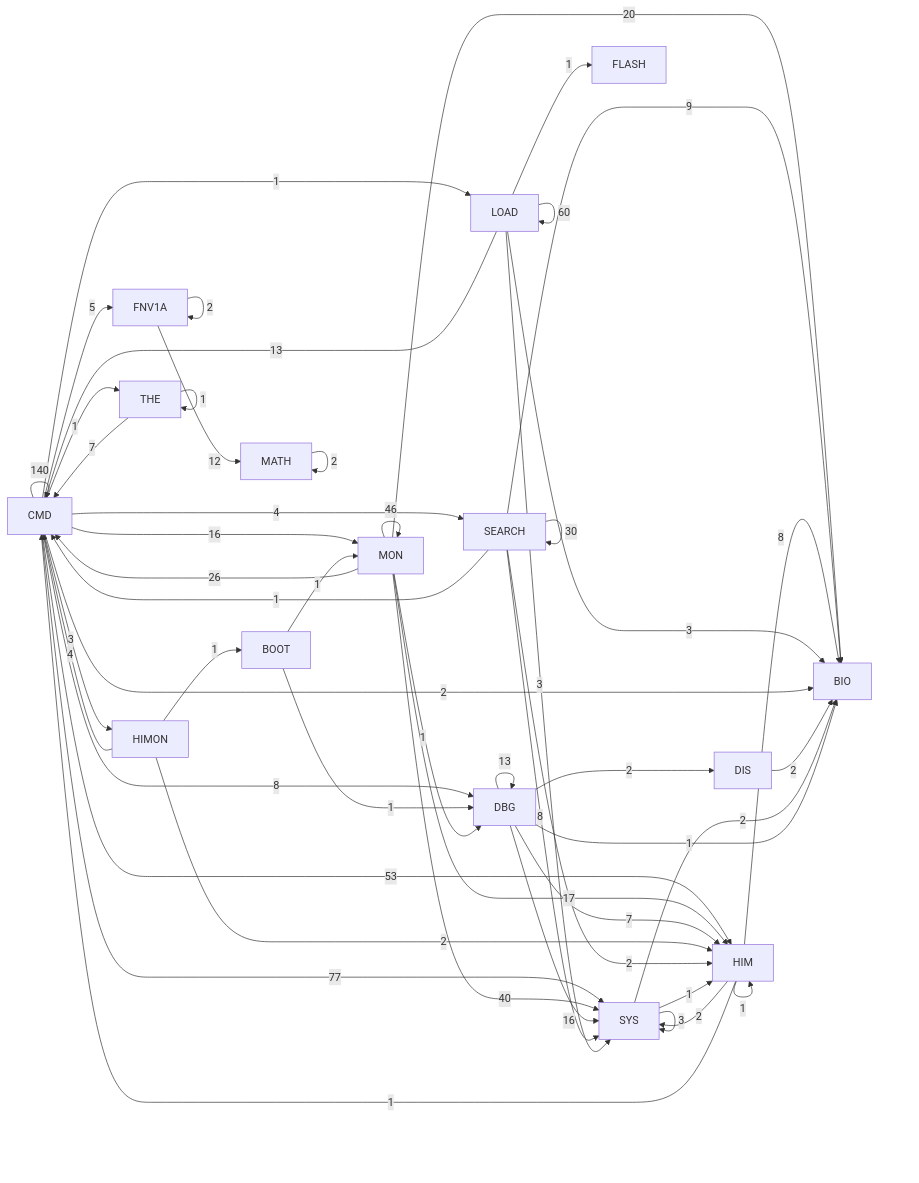
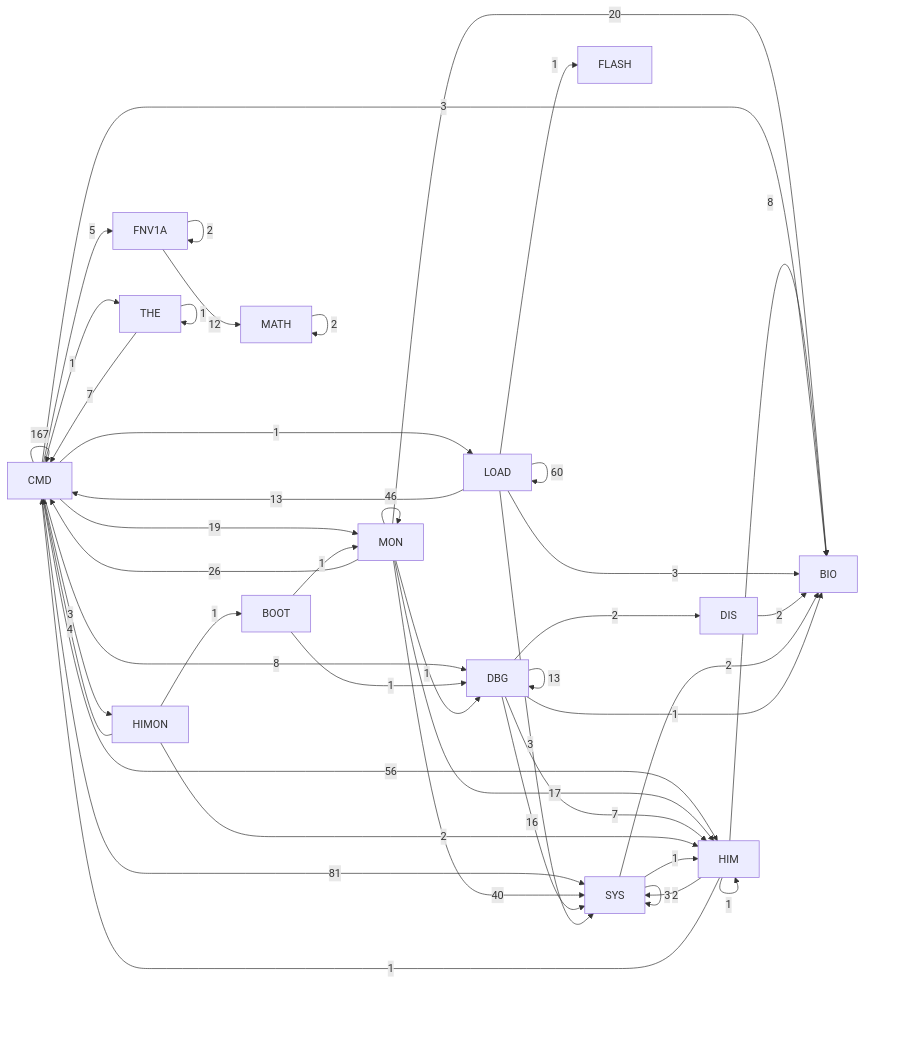
The diagram in DOC/GENERATED/HIMON_SUPPORT_MAP.md (95westus/R-YORS), drawn with Mermaid before and after one commit. The commit also changed other lines of this file and 26 other files, not shown here.

````diff
--- a/DOC/GENERATED/HIMON_SUPPORT_MAP.md
+++ b/DOC/GENERATED/HIMON_SUPPORT_MAP.md
@@ -10,53 +10,47 @@
 ```mermaid
 flowchart LR
-    P_CMD[CMD] -->|140| P_CMD[CMD]
-    P_CMD[CMD] -->|77| P_SYS[SYS]
+    P_CMD[CMD] -->|167| P_CMD[CMD]
+    P_CMD[CMD] -->|81| P_SYS[SYS]
     P_LOAD[LOAD] -->|60| P_LOAD[LOAD]
-    P_CMD[CMD] -->|53| P_HIM[HIM]
+    P_CMD[CMD] -->|56| P_HIM[HIM]
     P_MON[MON] -->|46| P_MON[MON]
     P_MON[MON] -->|40| P_SYS[SYS]
-    P_SEARCH[SEARCH] -->|30| P_SEARCH[SEARCH]
     P_MON[MON] -->|26| P_CMD[CMD]
     P_MON[MON] -->|20| P_BIO[BIO]
+    P_CMD[CMD] -->|19| P_MON[MON]
     P_MON[MON] -->|17| P_HIM[HIM]
-    P_CMD[CMD] -->|16| P_MON[MON]
     P_DBG[DBG] -->|16| P_SYS[SYS]
     P_DBG[DBG] -->|13| P_DBG[DBG]
     P_LOAD[LOAD] -->|13| P_CMD[CMD]
     P_FNV1A[FNV1A] -->|12| P_MATH[MATH]
-    P_SEARCH[SEARCH] -->|9| P_BIO[BIO]
     P_CMD[CMD] -->|8| P_DBG[DBG]
     P_HIM[HIM] -->|8| P_BIO[BIO]
-    P_SEARCH[SEARCH] -->|8| P_SYS[SYS]
     P_DBG[DBG] -->|7| P_HIM[HIM]
     P_THE[THE] -->|7| P_CMD[CMD]
     P_CMD[CMD] -->|5| P_FNV1A[FNV1A]
-    P_CMD[CMD] -->|4| P_SEARCH[SEARCH]
     P_HIMON[HIMON] -->|4| P_CMD[CMD]
+    P_CMD[CMD] -->|3| P_BIO[BIO]
     P_CMD[CMD] -->|3| P_HIMON[HIMON]
     P_LOAD[LOAD] -->|3| P_BIO[BIO]
     P_LOAD[LOAD] -->|3| P_SYS[SYS]
     P_SYS[SYS] -->|3| P_SYS[SYS]
-    P_CMD[CMD] -->|2| P_BIO[BIO]
     P_DBG[DBG] -->|2| P_DIS[DIS]
     P_DIS[DIS] -->|2| P_BIO[BIO]
     P_FNV1A[FNV1A] -->|2| P_FNV1A[FNV1A]
     P_HIM[HIM] -->|2| P_SYS[SYS]
     P_HIMON[HIMON] -->|2| P_HIM[HIM]
     P_MATH[MATH] -->|2| P_MATH[MATH]
-    P_SEARCH[SEARCH] -->|2| P_HIM[HIM]
     P_SYS[SYS] -->|2| P_BIO[BIO]
     P_BOOT[BOOT] -->|1| P_DBG[DBG]
     P_BOOT[BOOT] -->|1| P_MON[MON]
     P_CMD[CMD] -->|1| P_LOAD[LOAD]
     P_CMD[CMD] -->|1| P_THE[THE]
     P_DBG[DBG] -->|1| P_BIO[BIO]
     P_HIM[HIM] -->|1| P_CMD[CMD]
     P_HIM[HIM] -->|1| P_HIM[HIM]
     P_HIMON[HIMON] -->|1| P_BOOT[BOOT]
     P_LOAD[LOAD] -->|1| P_FLASH[FLASH]
     P_MON[MON] -->|1| P_DBG[DBG]
-    P_SEARCH[SEARCH] -->|1| P_CMD[CMD]
     P_SYS[SYS] -->|1| P_HIM[HIM]
     P_THE[THE] -->|1| P_THE[THE]
 ```
````
